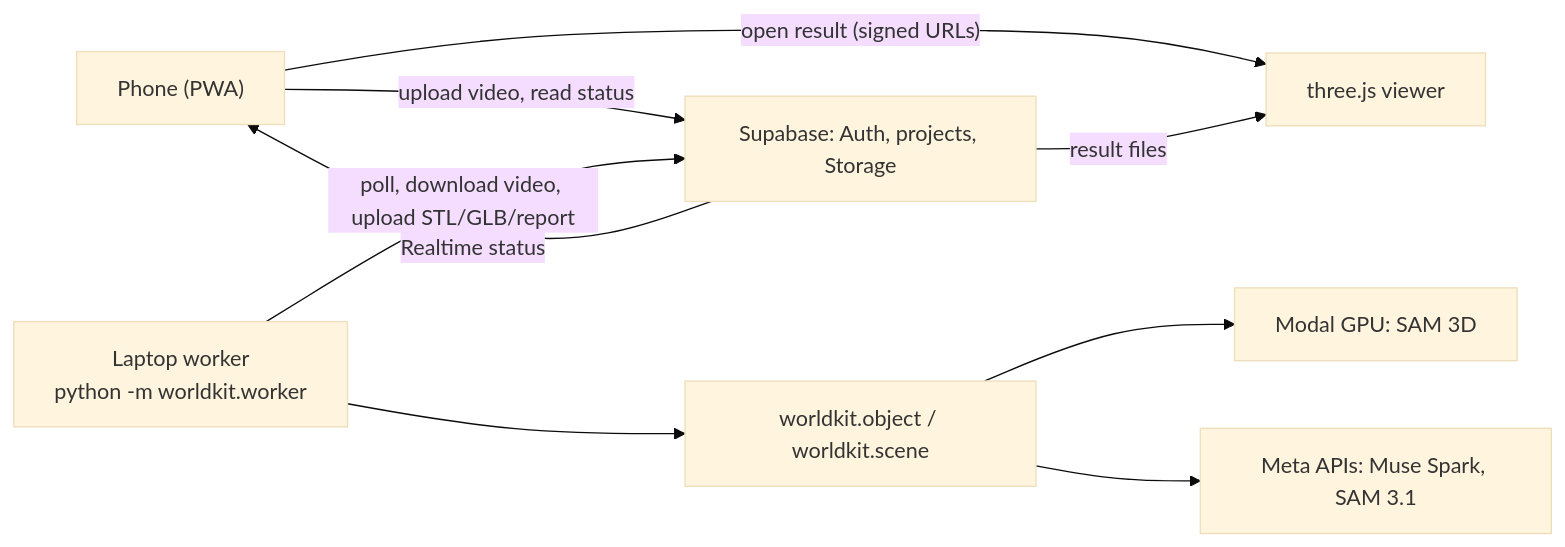
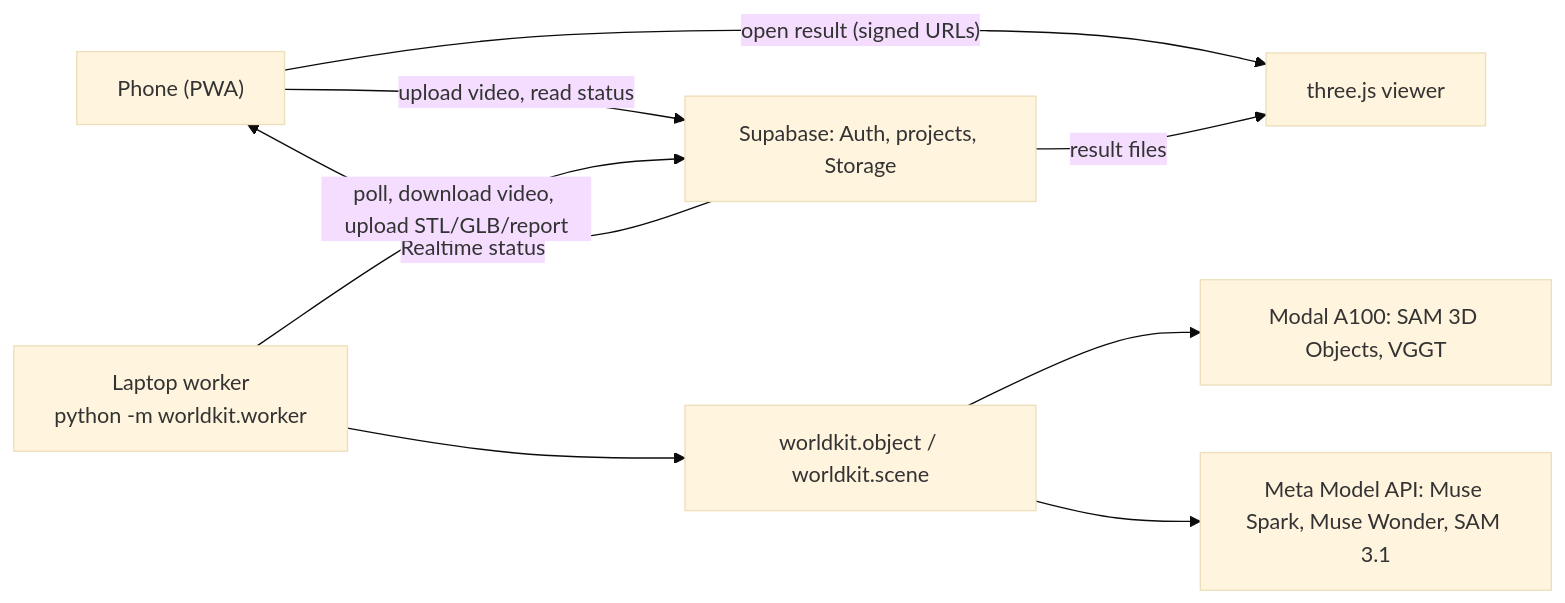
One commit to No6Name8/Project_WorldKit changed the diagram in README.md. Above: the diagram before and after it, drawn with Mermaid (base theme). The commit also changed other lines of this file and 8 other files, not shown here.

````diff
--- a/README.md
+++ b/README.md
@@ -32,11 +115,11 @@
 ```mermaid
 flowchart LR
   Phone["Phone (PWA)"] -- "upload video, read status" --> SB["Supabase: Auth, projects, Storage"]
   SB -- "Realtime status" --> Phone
   Worker["Laptop worker<br/>python -m worldkit.worker"] -- "poll, download video, upload STL/GLB/report" --> SB
   Worker --> Pipeline["worldkit.object / worldkit.scene"]
-  Pipeline --> Modal["Modal GPU: SAM 3D"]
-  Pipeline --> Meta["Meta APIs: Muse Spark, SAM 3.1"]
+  Pipeline --> Modal["Modal A100: SAM 3D Objects, VGGT"]
+  Pipeline --> Meta["Meta Model API: Muse Spark, Muse Wonder, SAM 3.1"]
   Phone -- "open result (signed URLs)" --> Viewer["three.js viewer"]
   SB -- "result files" --> Viewer
 ```
````
